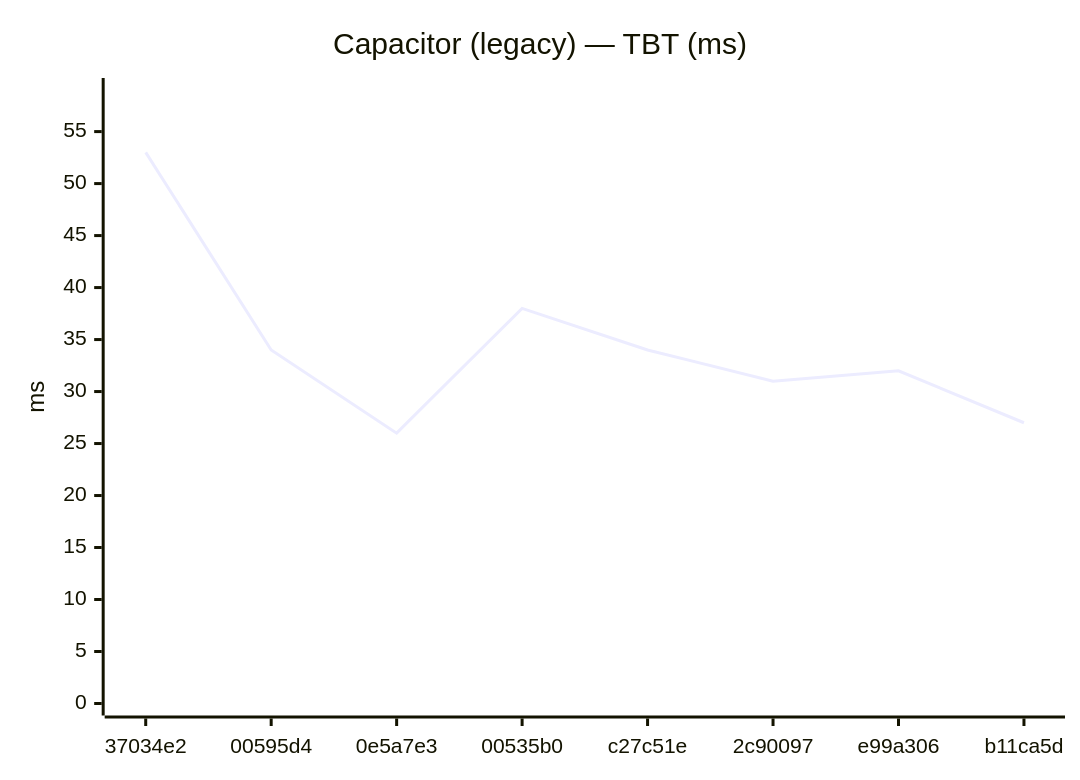
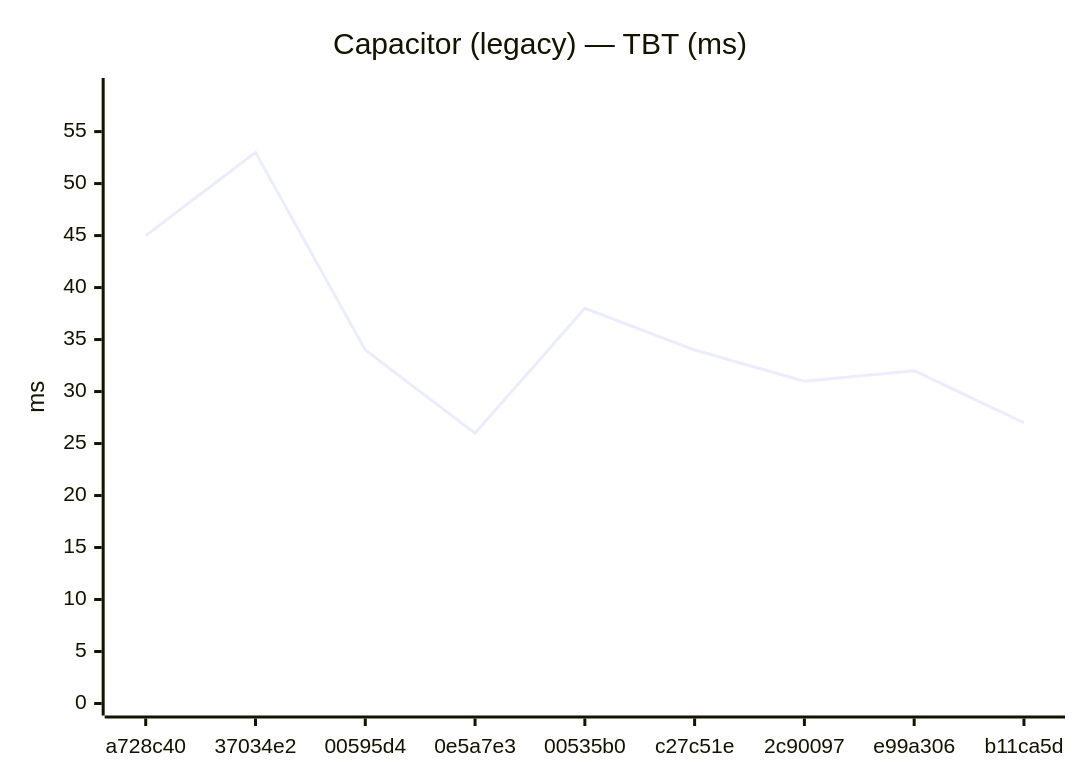
One commit to Metaheurist/Rianell changed the sixth of 24 diagrams in benchmarks/compare.md. Above: the diagram before and after it, drawn with Mermaid. The commit also changed other lines of this file and 12 other files, not shown here.

````diff
--- a/benchmarks/compare.md
+++ b/benchmarks/compare.md
@@ -85,7 +88,7 @@
 ```mermaid
 xychart-beta
     title "Capacitor (legacy) — TBT (ms)"
-    x-axis ["37034e2", "00595d4", "0e5a7e3", "00535b0", "c27c51e", "2c90097", "e99a306", "b11ca5d"]
+    x-axis ["a728c40", "37034e2", "00595d4", "0e5a7e3", "00535b0", "c27c51e", "2c90097", "e99a306", "b11ca5d"]
     y-axis "ms" 0 --> 59
-    line [53, 34, 26, 38, 34, 31, 32, 27]
+    line [45, 53, 34, 26, 38, 34, 31, 32, 27]
 ```
````
